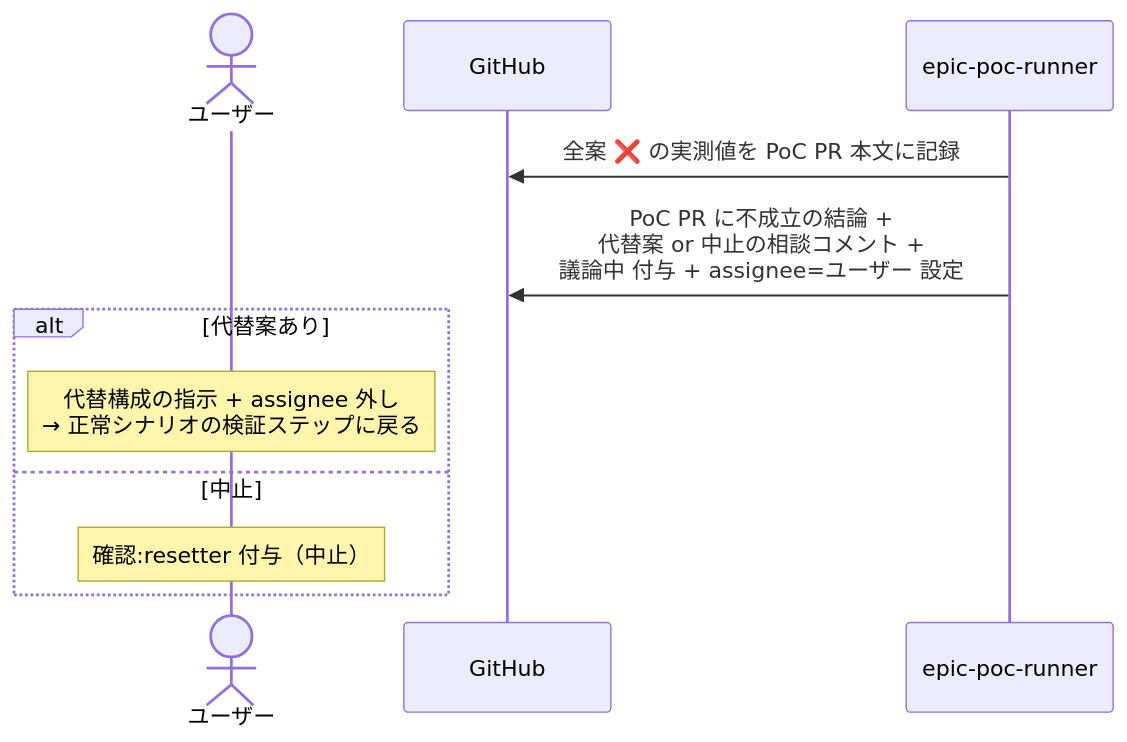
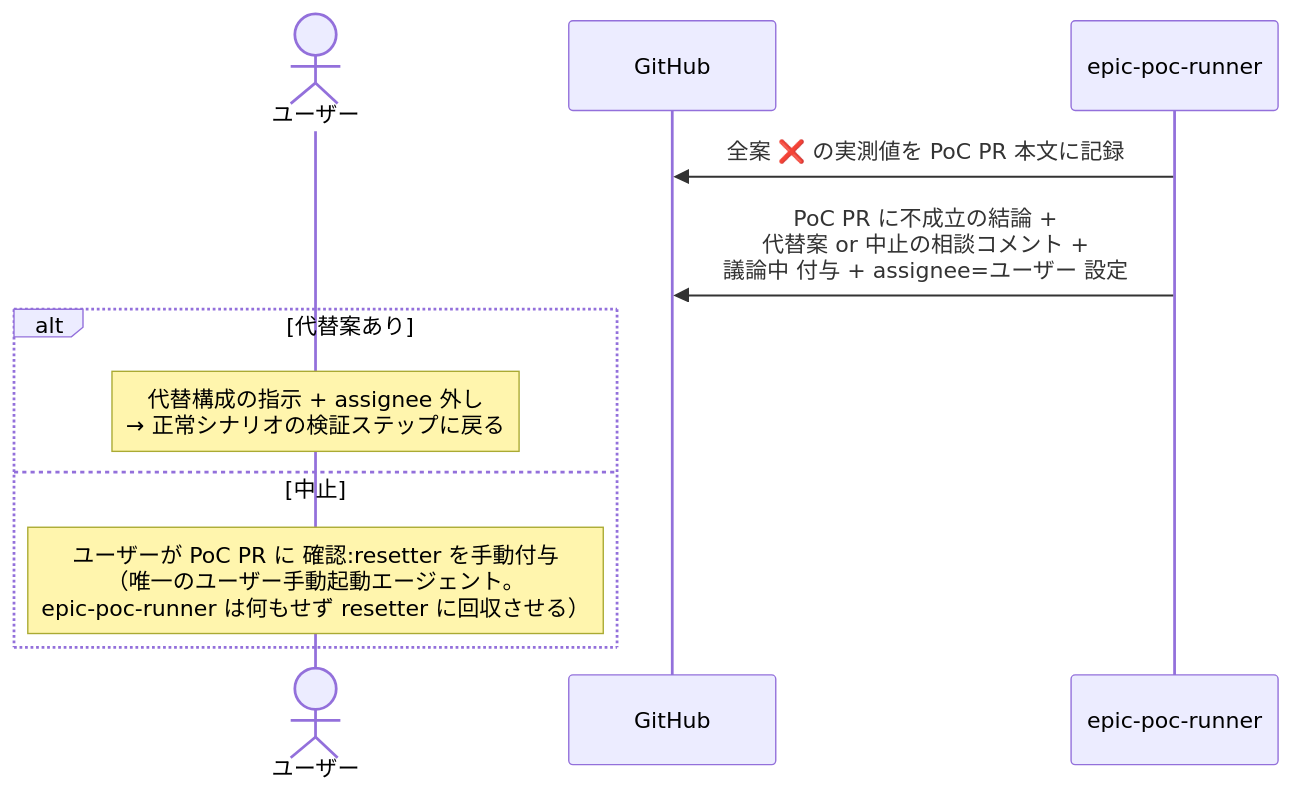
Before and after one commit to shuhei1101/ai-monitor-e2e: the second of 2 diagrams in docs/wiki/設計図/シナリオ/単一ユースケース/実現可能性PoC検証.md, drawn with Mermaid. The commit also changed 1 other file, not shown here.

Commit message:
epic-poc-runner の中止指示対応を修正（確認:resetter はユーザー手動付与のみ）

````diff
--- a/docs/wiki/設計図/シナリオ/単一ユースケース/実現可能性PoC検証.md
+++ b/docs/wiki/設計図/シナリオ/単一ユースケース/実現可能性PoC検証.md
@@ -105,14 +105,14 @@
 ```mermaid
 sequenceDiagram
   actor U as ユーザー
   participant GH as GitHub
   participant MON as epic-poc-runner
 
   MON->>GH: 全案 ❌ の実測値を PoC PR 本文に記録
   MON->>GH: PoC PR に不成立の結論 +<br>代替案 or 中止の相談コメント +<br>議論中 付与 + assignee=ユーザー 設定
   alt 代替案あり
     Note over U: 代替構成の指示 + assignee 外し<br>→ 正常シナリオの検証ステップに戻る
   else 中止
-    Note over U: 確認:resetter 付与（中止）
+    Note over U: ユーザーが PoC PR に 確認:resetter を手動付与<br>（唯一のユーザー手動起動エージェント。<br>epic-poc-runner は何もせず resetter に回収させる）
   end
 ```
````
